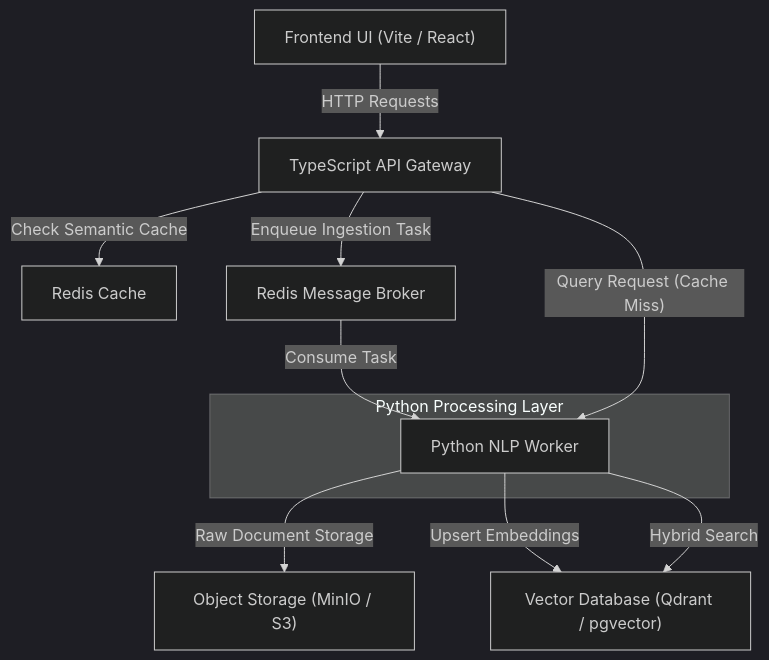
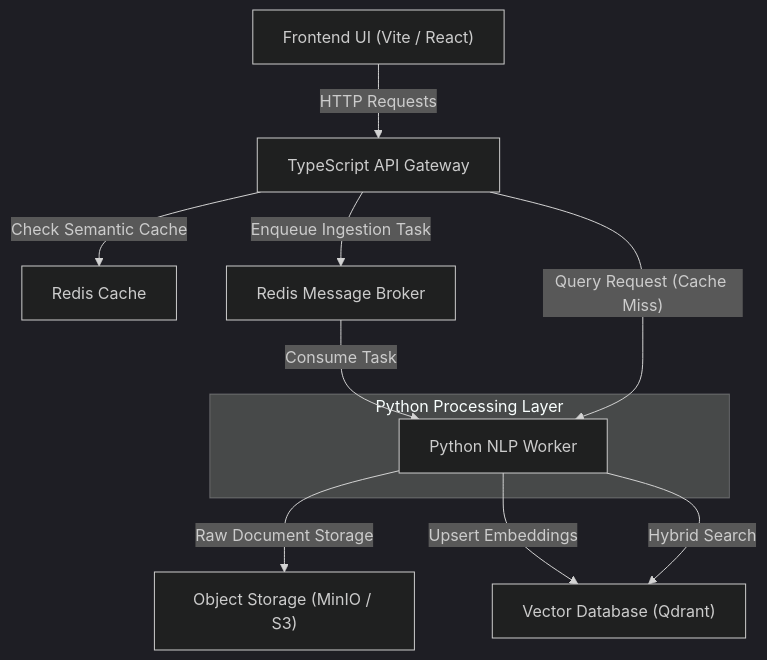
Before and after one commit to Hari31416/cloud-rag: the first of 2 diagrams in README.md, drawn with Mermaid (dark theme). The commit also changed other lines of this file and 12 other files, not shown here.

First line of the commit message:
docs(general): finalize library stack and roadmap

````diff
--- a/README.md
+++ b/README.md
@@ -13,17 +13,17 @@
 ```mermaid
 graph TD
     Client["Frontend UI (Vite / React)"] -->|"HTTP Requests"| Gateway["TypeScript API Gateway"]
     Gateway -->|"Check Semantic Cache"| Cache["Redis Cache"]
     Gateway -->|"Enqueue Ingestion Task"| Queue["Redis Message Broker"]
 
     subgraph Python Processing Layer
         Worker["Python NLP Worker"]
     end
 
     Queue -->|"Consume Task"| Worker
     Worker -->|"Raw Document Storage"| ObjectStorage["Object Storage (MinIO / S3)"]
-    Worker -->|"Upsert Embeddings"| VectorDB["Vector Database (Qdrant / pgvector)"]
+    Worker -->|"Upsert Embeddings"| VectorDB["Vector Database (Qdrant)"]
 
     Gateway -->|"Query Request (Cache Miss)"| Worker
     Worker -->|"Hybrid Search"| VectorDB
 ```
````
